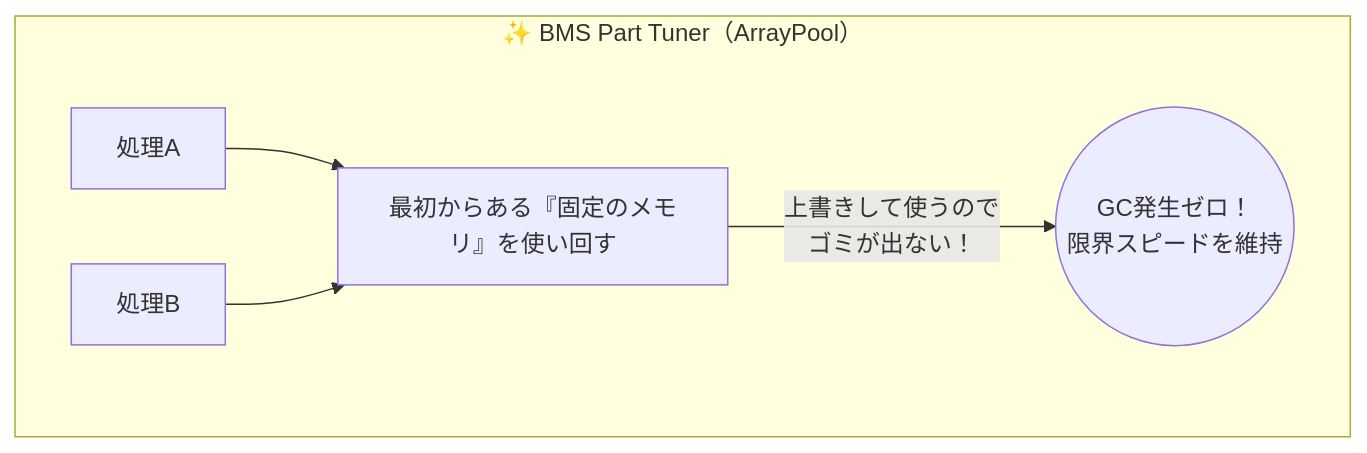
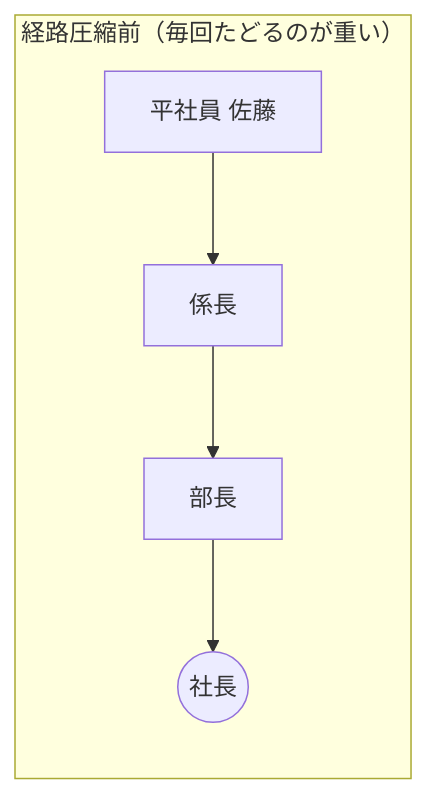
One commit to bms-atelier-kyokufu/BmsPartTuner changed the third of 11 diagrams in docs/casual_guide.md. Above: the diagram before and after it, drawn with Mermaid. The commit also changed other lines of this file, not shown here.

First line of the commit message:
docs: カジュアルガイドにおける数式表現の整理とMermaid解説図の修正

````diff
--- a/docs/casual_guide.md
+++ b/docs/casual_guide.md
@@ -150,9 +181,8 @@
 ```mermaid
-graph TD
-    subgraph with_arraypool ["✨ BMS Part Tuner（ArrayPool）"]
-        棚[最初からある『固定のメモリ』を使い回す]
-        処理A --> 棚
-        処理B --> 棚
-        棚 --> |上書きして使うので<br>ゴミが出ない！| 爆速((GC発生ゼロ！<br>限界スピードを維持))
+graph BT
+    subgraph before ["経路圧縮前（毎回たどるのが重い）"]
+        佐藤さん1[平社員 佐藤] --> 係長1[係長]
+        係長1 --> 部長1[部長]
+        部長1 --> 社長1((社長))
     end
 ```
````
